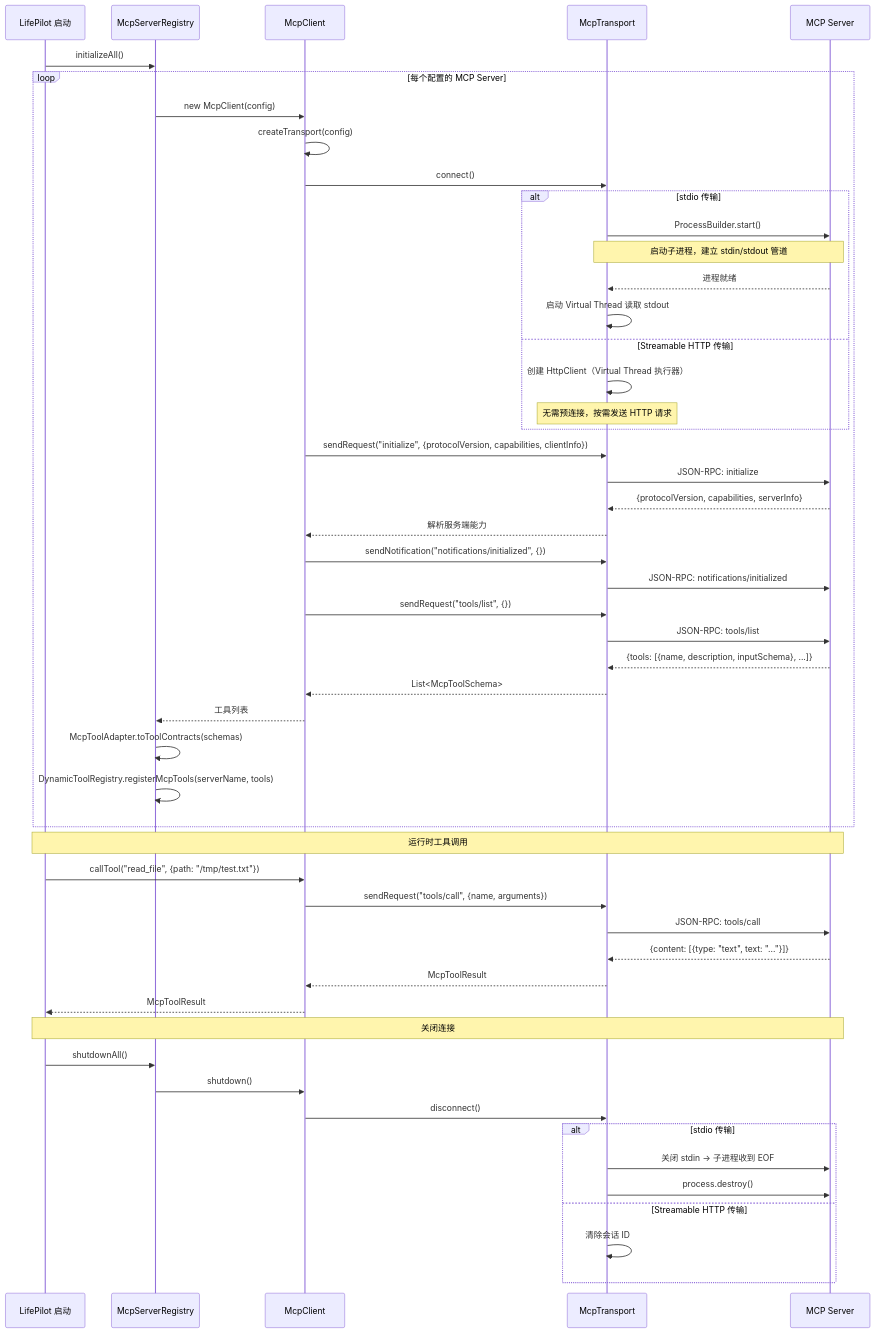
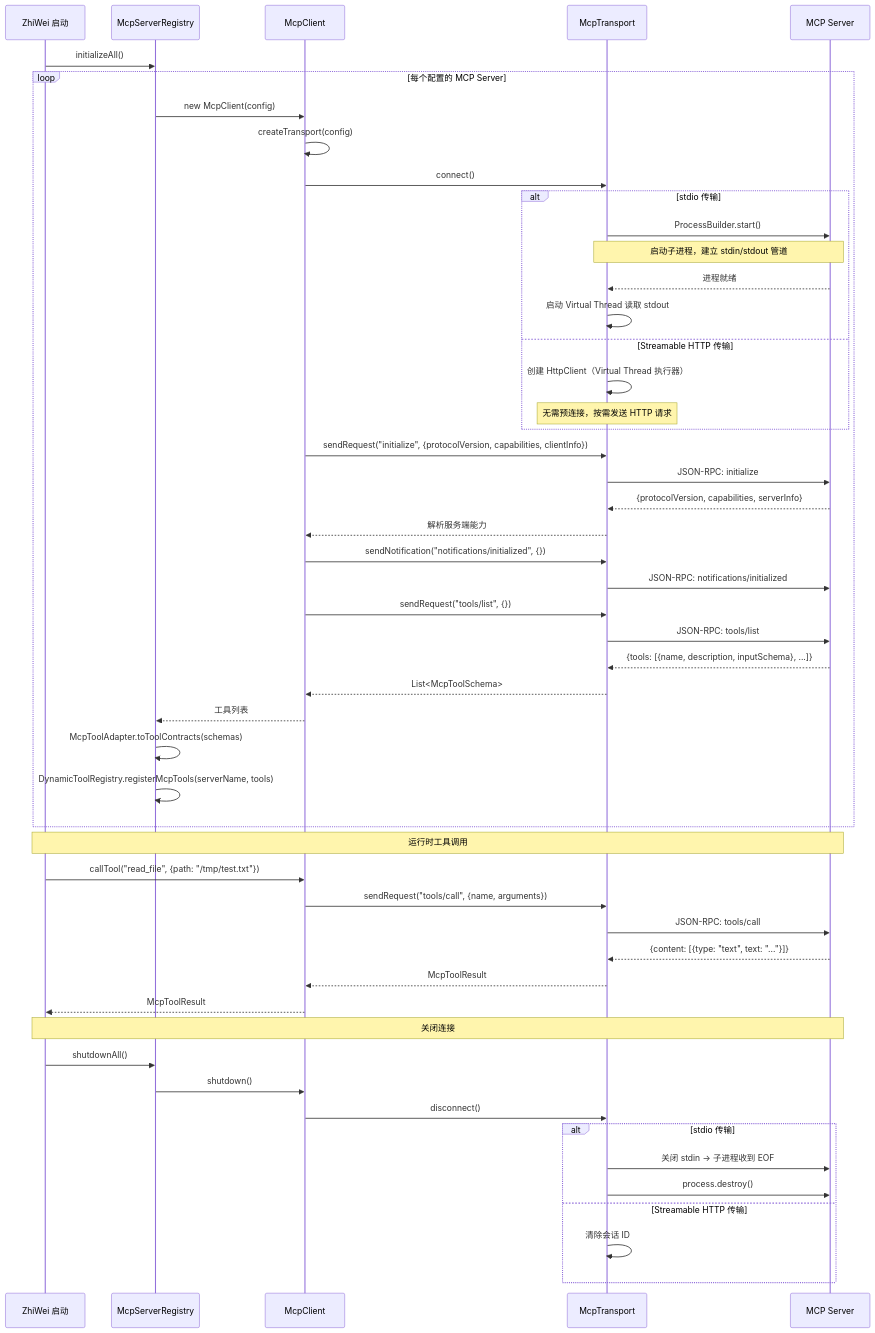
Before and after one commit to ntygod/LifePilot: the fifth of 10 diagrams in docs/architecture/tool-ecosystem.md, drawn with Mermaid. The commit also changed other lines of this file and 103 other files, not shown here.

Commit message:
正式更名为知微（ZhiWei），升级为个人助手

````diff
--- a/docs/architecture/tool-ecosystem.md
+++ b/docs/architecture/tool-ecosystem.md
@@ -3071,61 +3071,61 @@
 ```mermaid
 sequenceDiagram
-    participant App as LifePilot 启动
+    participant App as ZhiWei 启动
     participant Reg as McpServerRegistry
     participant Client as McpClient
     participant Transport as McpTransport
     participant Server as MCP Server
 
     App->>Reg: initializeAll()
     loop 每个配置的 MCP Server
         Reg->>Client: new McpClient(config)
         Client->>Client: createTransport(config)
 
         Client->>Transport: connect()
         alt stdio 传输
             Transport->>Server: ProcessBuilder.start()
             Note over Transport,Server: 启动子进程，建立 stdin/stdout 管道
             Server-->>Transport: 进程就绪
             Transport->>Transport: 启动 Virtual Thread 读取 stdout
         else Streamable HTTP 传输
             Transport->>Transport: 创建 HttpClient（Virtual Thread 执行器）
             Note over Transport: 无需预连接，按需发送 HTTP 请求
         end
 
         Client->>Transport: sendRequest("initialize", {protocolVersion, capabilities, clientInfo})
         Transport->>Server: JSON-RPC: initialize
         Server-->>Transport: {protocolVersion, capabilities, serverInfo}
         Transport-->>Client: 解析服务端能力
 
         Client->>Transport: sendNotification("notifications/initialized", {})
         Transport->>Server: JSON-RPC: notifications/initialized
 
         Client->>Transport: sendRequest("tools/list", {})
         Transport->>Server: JSON-RPC: tools/list
         Server-->>Transport: {tools: [{name, description, inputSchema}, ...]}
         Transport-->>Client: List<McpToolSchema>
 
         Client-->>Reg: 工具列表
         Reg->>Reg: McpToolAdapter.toToolContracts(schemas)
         Reg->>Reg: DynamicToolRegistry.registerMcpTools(serverName, tools)
     end
 
     Note over App,Server: 运行时工具调用
     App->>Client: callTool("read_file", {path: "/tmp/test.txt"})
     Client->>Transport: sendRequest("tools/call", {name, arguments})
     Transport->>Server: JSON-RPC: tools/call
     Server-->>Transport: {content: [{type: "text", text: "..."}]}
     Transport-->>Client: McpToolResult
     Client-->>App: McpToolResult
 
     Note over App,Server: 关闭连接
     App->>Reg: shutdownAll()
     Reg->>Client: shutdown()
     Client->>Transport: disconnect()
     alt stdio 传输
         Transport->>Server: 关闭 stdin → 子进程收到 EOF
         Transport->>Server: process.destroy()
     else Streamable HTTP 传输
         Transport->>Transport: 清除会话 ID
     end
 ```
````
